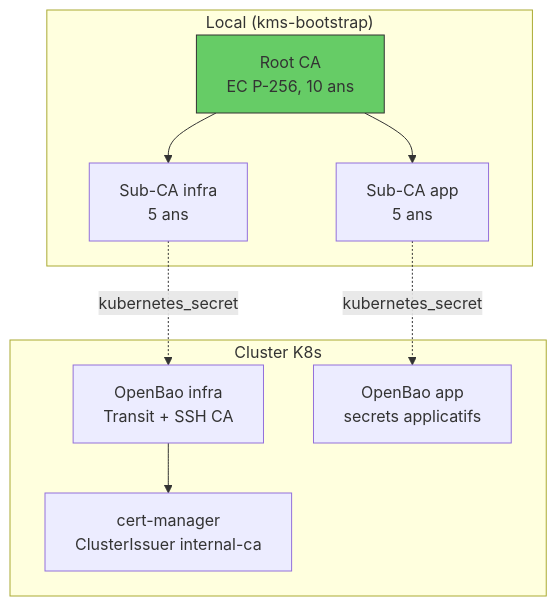
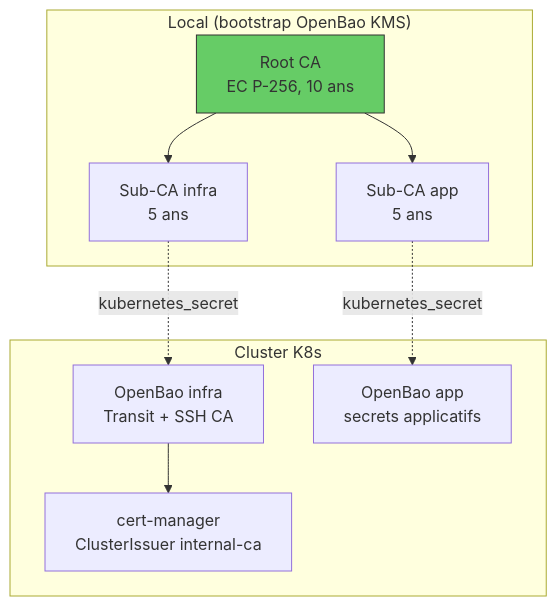
One commit to Destynova2/st4ck changed the seventh of 12 diagrams in docs/explanation/bootstrap.md. Above: the diagram before and after it, drawn with Mermaid. The commit also changed other lines of this file and 25 other files, not shown here.

First line of the commit message:
docs: align docs with ADR-033 OpenBao/ESO/Flux ownership model

````diff
--- a/docs/explanation/bootstrap.md
+++ b/docs/explanation/bootstrap.md
@@ -129,16 +129,16 @@
 ```mermaid
 graph TB
-    subgraph "Local (kms-bootstrap)"
+    subgraph "Local (bootstrap OpenBao KMS)"
         ROOT[Root CA<br/>EC P-256, 10 ans]
         ROOT --> INFRA[Sub-CA infra<br/>5 ans]
         ROOT --> APP[Sub-CA app<br/>5 ans]
     end
 
     subgraph "Cluster K8s"
         INFRA -.->|kubernetes_secret| OBINFRA[OpenBao infra<br/>Transit + SSH CA]
         APP -.->|kubernetes_secret| OBAPP[OpenBao app<br/>secrets applicatifs]
         OBINFRA --> CERTM[cert-manager<br/>ClusterIssuer internal-ca]
     end
 
     style ROOT fill:#6c6,stroke:#333
 ```
````
